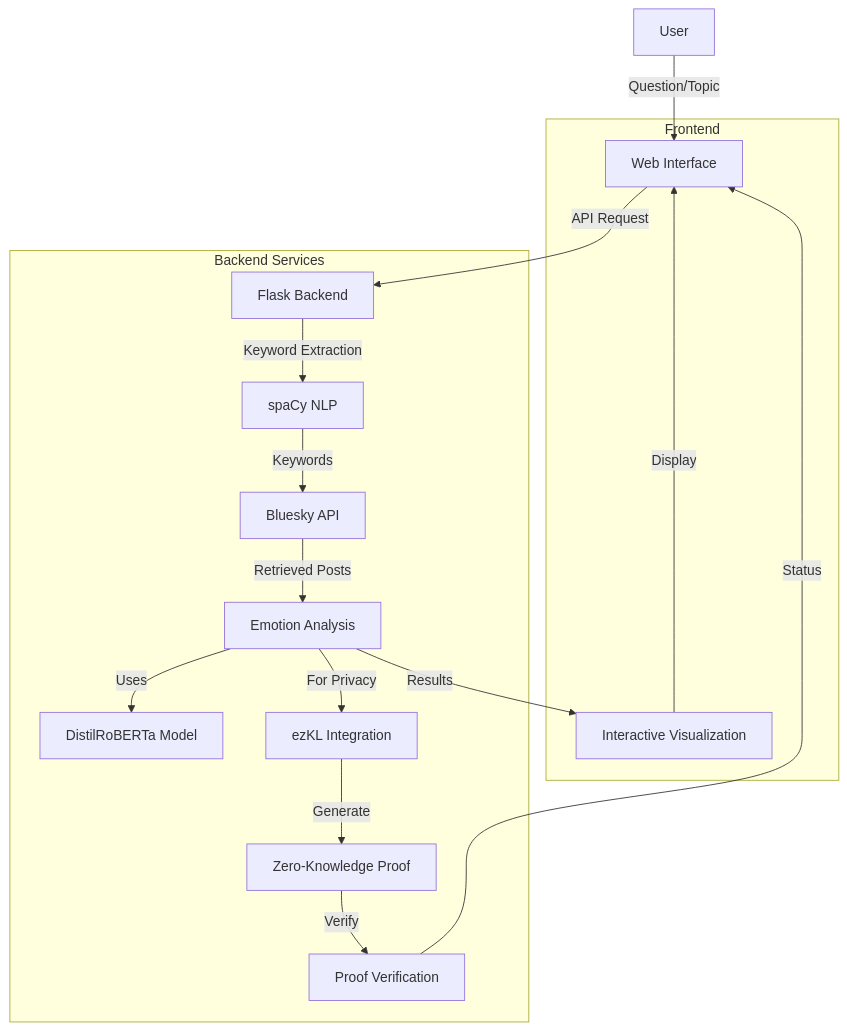
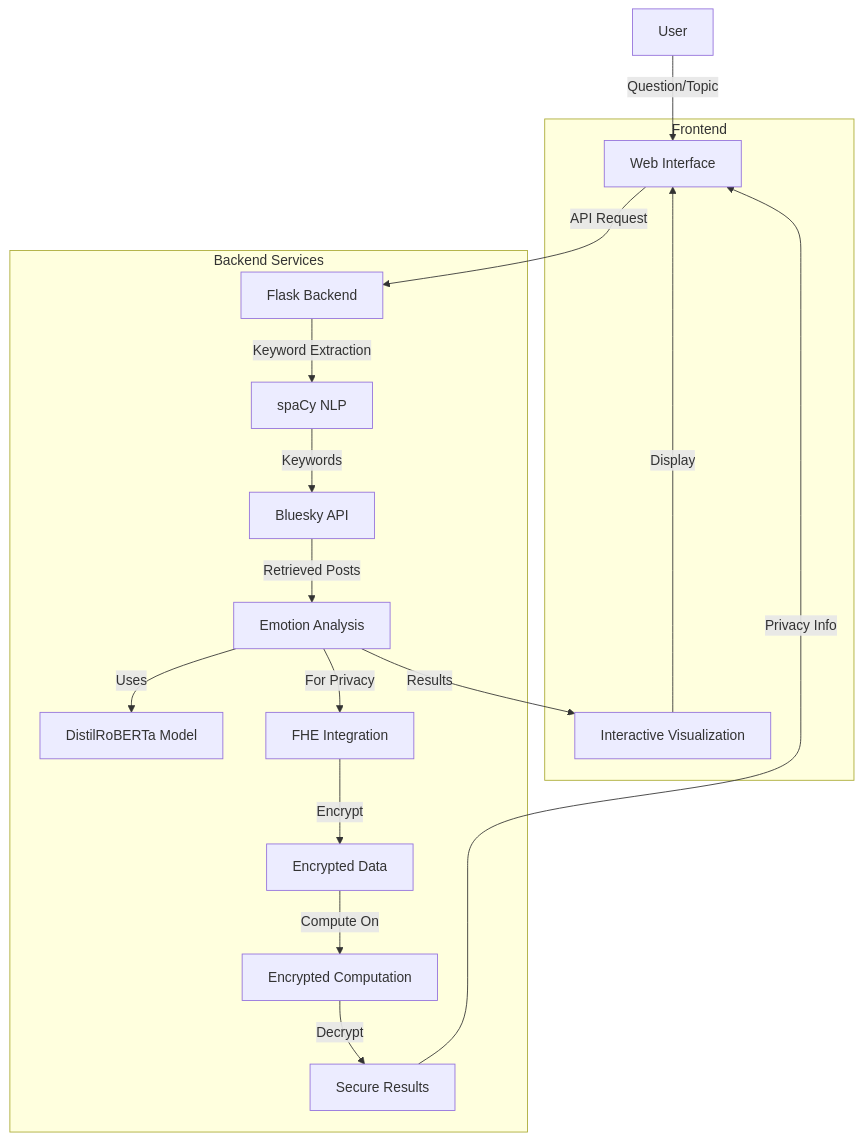
The first of 2 diagrams in README.md (aka-0x4C3DD/encode-zkML-bootcamp-project), drawn with Mermaid before and after one commit. The commit also changed other lines of this file, not shown here.

````diff
--- a/README.md
+++ b/README.md
@@ -51,31 +62,33 @@
 ```mermaid
 graph TD
     A[User] -->|Question/Topic| B[Web Interface]
     B -->|API Request| C[Flask Backend]
     C -->|Keyword Extraction| D[spaCy NLP]
     D -->|Keywords| E[Bluesky API]
     E -->|Retrieved Posts| F[Emotion Analysis]
     F -->|Uses| G[DistilRoBERTa Model]
+    F -->|For Privacy| I[FHE Integration]
+    I -->|Encrypt| J[Encrypted Data]
+    J -->|Compute On| K[Encrypted Computation]
+    K -->|Decrypt| L[Secure Results]
     F -->|Results| H[Interactive Visualization]
-    F -->|For Privacy| I[ezKL Integration]
-    I -->|Generate| J[Zero-Knowledge Proof]
-    J -->|Verify| K[Proof Verification]
     H -->|Display| B
-    K -->|Status| B
+    L -->|Privacy Info| B
 
     subgraph Frontend
     B
     H
     end
 
     subgraph Backend Services
     C
     D
     E
     F
     G
     I
     J
     K
+    L
     end
 ```
````
